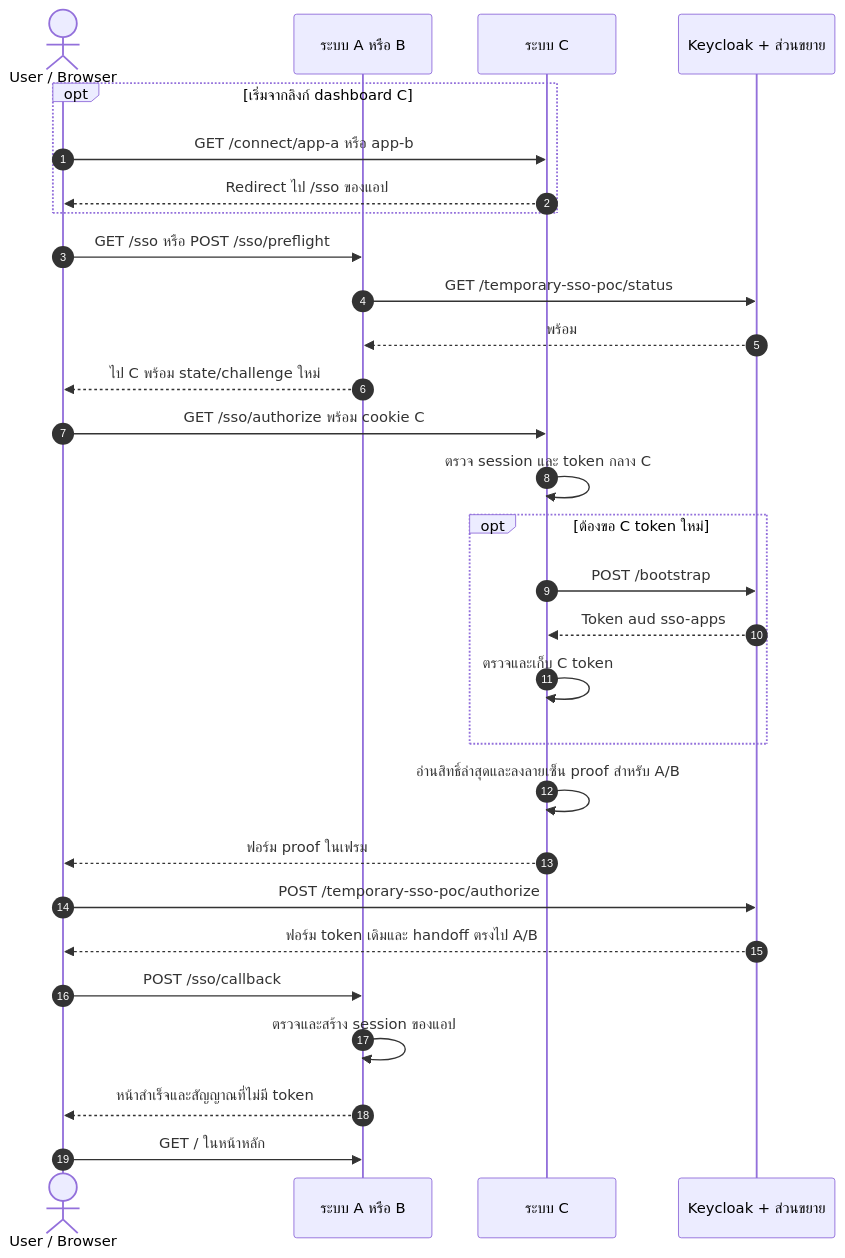
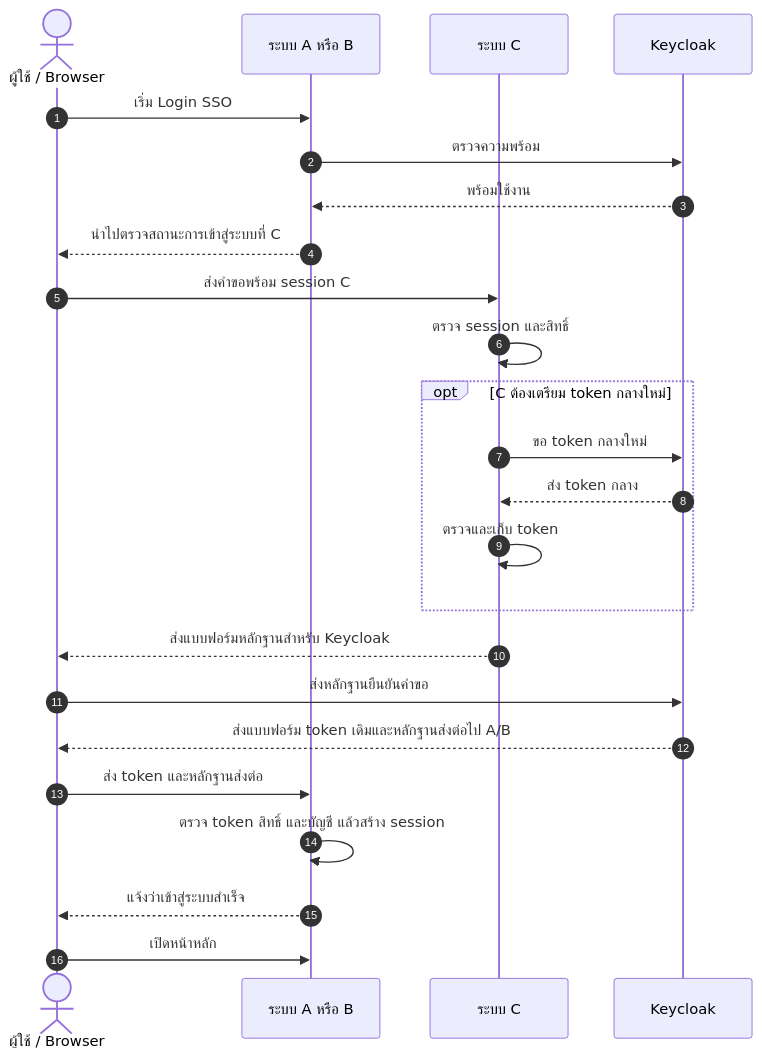
Before and after one commit to Sin1apachai/poc_sso: the seventh of 22 diagrams in docs/flows/LOGIN-AND-SESSION.md, drawn with Mermaid. The commit also changed other lines of this file and 69 other files, not shown here.

Commit message:
Add IdP heartbeat, Keycloak API collection and revised SSO guides

````diff
--- a/docs/flows/LOGIN-AND-SESSION.md
+++ b/docs/flows/LOGIN-AND-SESSION.md
@@ -161,31 +163,26 @@
 ```mermaid
 sequenceDiagram
     autonumber
-actor U as User / Browser
+    actor U as ผู้ใช้ / Browser
     participant A as ระบบ A หรือ B
     participant C as ระบบ C
-    participant K as Keycloak + ส่วนขยาย
-    opt เริ่มจากลิงก์ dashboard C
-        U->>C: GET /connect/app-a หรือ app-b
-        C-->>U: Redirect ไป /sso ของแอป
+    participant K as Keycloak
+    U->>A: เริ่ม Login SSO
+    A->>K: ตรวจความพร้อม
+    K-->>A: พร้อมใช้งาน
+    A-->>U: นำไปตรวจสถานะการเข้าสู่ระบบที่ C
+    U->>C: ส่งคำขอพร้อม session C
+    C->>C: ตรวจ session และสิทธิ์
+    opt C ต้องเตรียม token กลางใหม่
+        C->>K: ขอ token กลางใหม่
+        K-->>C: ส่ง token กลาง
+        C->>C: ตรวจและเก็บ token
     end
-    U->>A: GET /sso หรือ POST /sso/preflight
-    A->>K: GET /temporary-sso-poc/status
-    K-->>A: พร้อม
-    A-->>U: ไป C พร้อม state/challenge ใหม่
-    U->>C: GET /sso/authorize พร้อม cookie C
-    C->>C: ตรวจ session และ token กลาง C
-    opt ต้องขอ C token ใหม่
-        C->>K: POST /bootstrap
-        K-->>C: Token aud sso-apps
-        C->>C: ตรวจและเก็บ C token
-    end
-    C->>C: อ่านสิทธิ์ล่าสุดและลงลายเซ็น proof สำหรับ A/B
-    C-->>U: ฟอร์ม proof ในเฟรม
-    U->>K: POST /temporary-sso-poc/authorize
-    K-->>U: ฟอร์ม token เดิมและ handoff ตรงไป A/B
-    U->>A: POST /sso/callback
-    A->>A: ตรวจและสร้าง session ของแอป
-    A-->>U: หน้าสำเร็จและสัญญาณที่ไม่มี token
-    U->>A: GET / ในหน้าหลัก
+    C-->>U: ส่งแบบฟอร์มหลักฐานสำหรับ Keycloak
+    U->>K: ส่งหลักฐานยืนยันคำขอ
+    K-->>U: ส่งแบบฟอร์ม token เดิมและหลักฐานส่งต่อไป A/B
+    U->>A: ส่ง token และหลักฐานส่งต่อ
+    A->>A: ตรวจ token สิทธิ์ และบัญชี แล้วสร้าง session
+    A-->>U: แจ้งว่าเข้าสู่ระบบสำเร็จ
+    U->>A: เปิดหน้าหลัก
 ```
````
